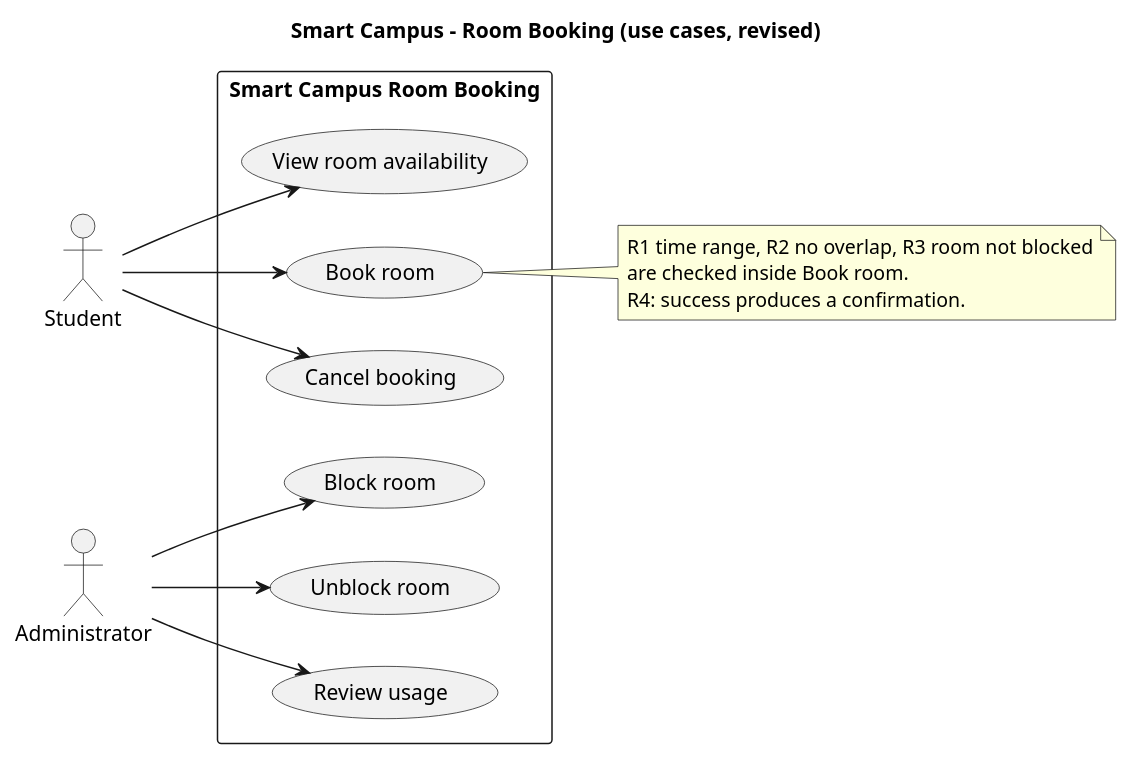
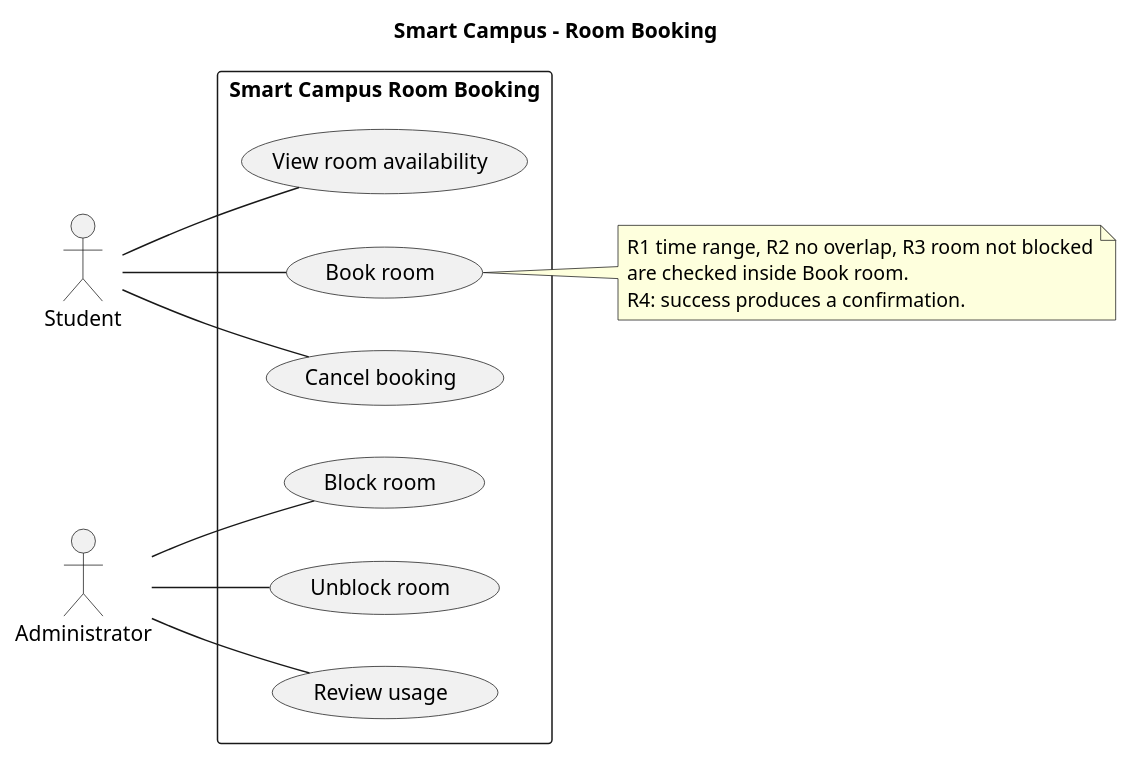
The diagram in week-04/models/use-case.puml (thxgoosemah/SE-practice), drawn with PlantUML before and after one commit. The commit also changed 25 other files, not shown here.

```diff
--- a/week-04/models/use-case.puml
+++ b/week-04/models/use-case.puml
@@ -1,35 +1,35 @@
 @startuml
 left to right direction
-title Smart Campus - Room Booking (use cases, revised)
+title Smart Campus - Room Booking
 
 actor Student
 actor Administrator
 
 rectangle "Smart Campus Room Booking" {
   usecase "View room availability" as UC_View
   usecase "Book room" as UC_Book
   usecase "Cancel booking" as UC_Cancel
   usecase "Block room" as UC_Block
   usecase "Unblock room" as UC_Unblock
   usecase "Review usage" as UC_Usage
 }
 
 ' US-02
-Student --> UC_View
+Student -- UC_View
 ' US-01
-Student --> UC_Book
+Student -- UC_Book
 ' US-03 (own bookings only)
-Student --> UC_Cancel
+Student -- UC_Cancel
 ' US-04
-Administrator --> UC_Block
+Administrator -- UC_Block
 ' US-05
-Administrator --> UC_Unblock
+Administrator -- UC_Unblock
 ' US-06
-Administrator --> UC_Usage
+Administrator -- UC_Usage
 
 note right of UC_Book
   R1 time range, R2 no overlap, R3 room not blocked
   are checked inside Book room.
   R4: success produces a confirmation.
 end note
 @enduml
```
